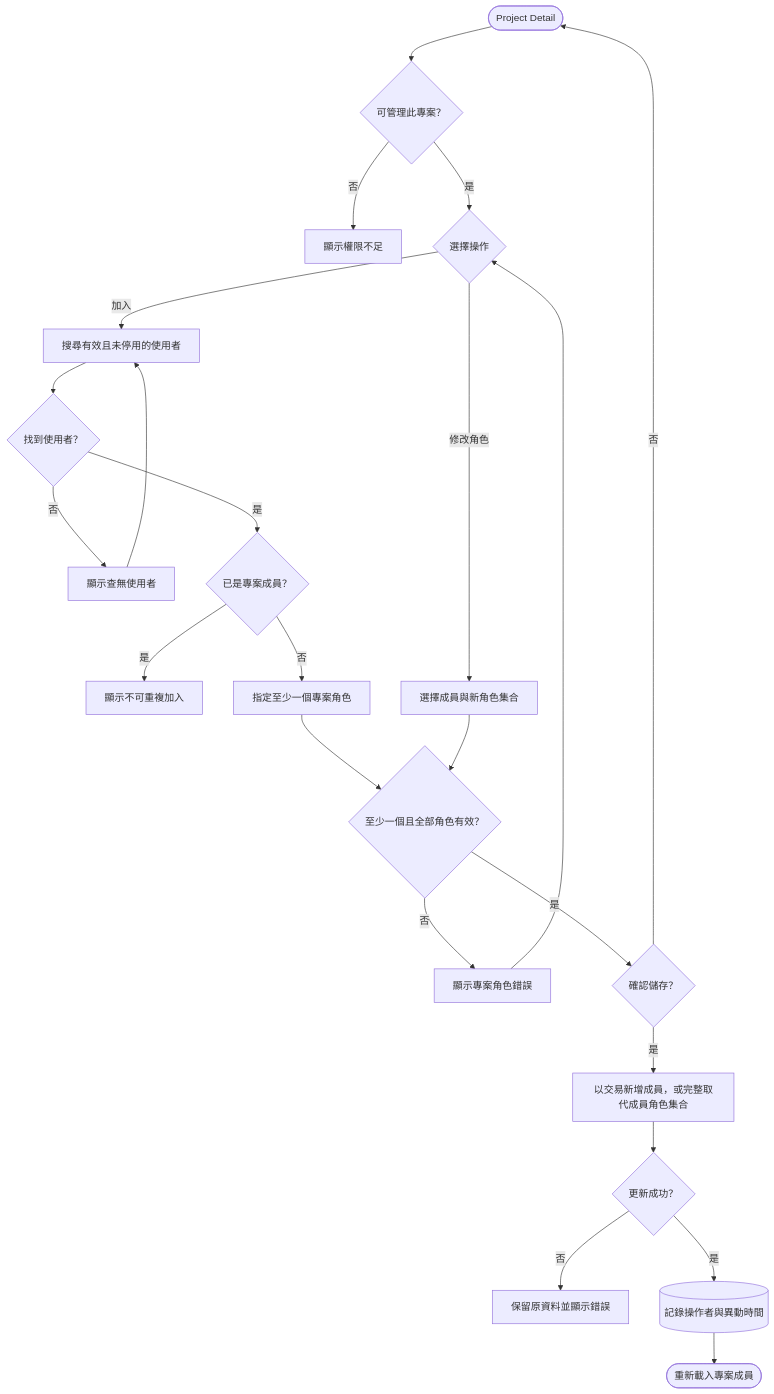
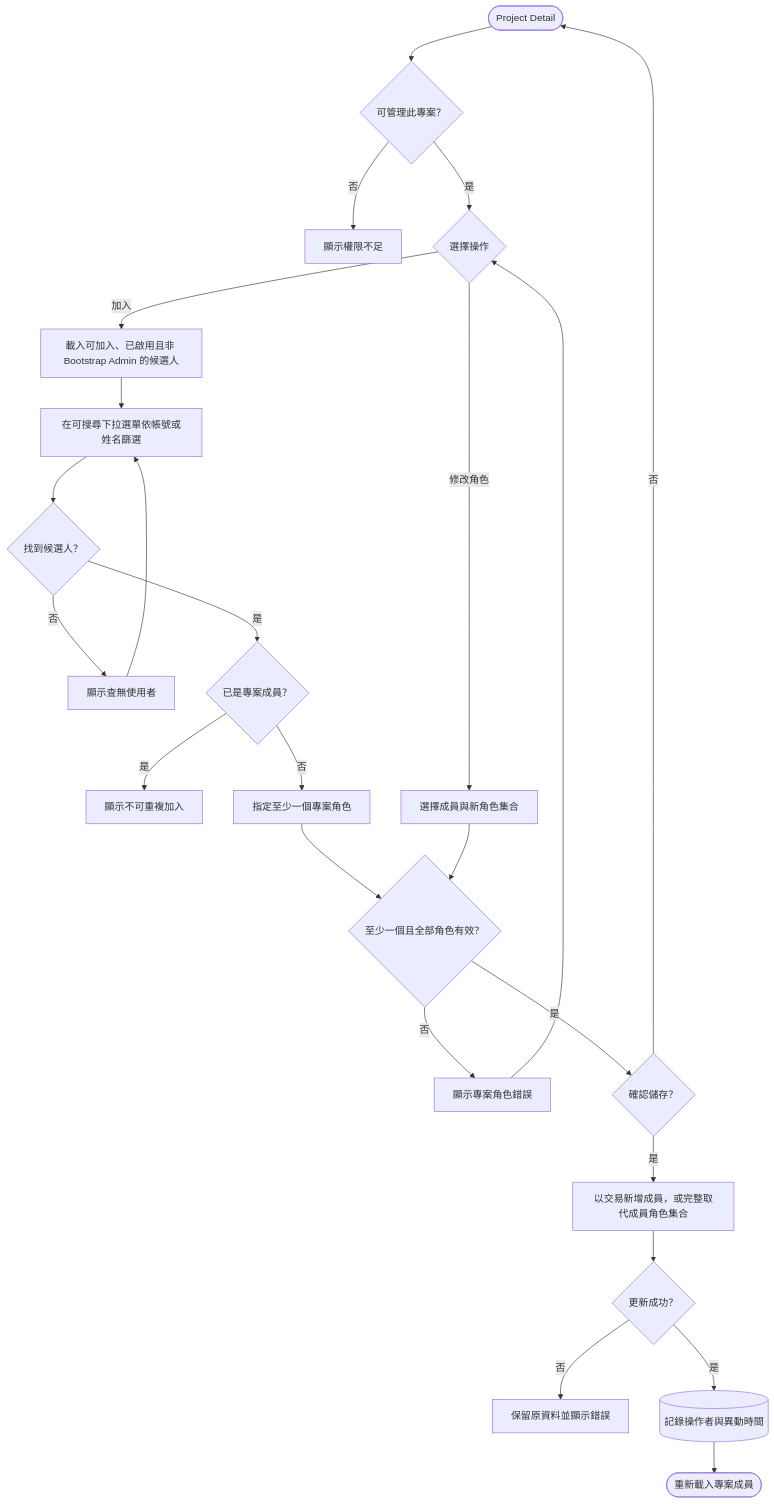
One commit to JJDing-Louis/ProjectManagementWeb_Spec changed the first of 2 diagrams in Flowchart/管理專案成員.md. Above: the diagram before and after it, drawn with Mermaid. The commit also changed other lines of this file and 40 other files, not shown here.

````diff
--- a/Flowchart/管理專案成員.md
+++ b/Flowchart/管理專案成員.md
@@ -5,25 +7,26 @@
 ```mermaid
 flowchart TB
     memberStart([Project Detail]) --> authorizeMember{可管理此專案？}
     authorizeMember -->|否| forbiddenMember[顯示權限不足]
     authorizeMember -->|是| memberAction{選擇操作}
-    memberAction -->|加入| searchAccount[搜尋有效且未停用的使用者]
-    searchAccount --> accountFound{找到使用者？}
+    memberAction -->|加入| loadCandidates[載入可加入、已啟用且非 Bootstrap Admin 的候選人]
+    loadCandidates --> searchAccount[在可搜尋下拉選單依帳號或姓名篩選]
+    searchAccount --> accountFound{找到候選人？}
     accountFound -->|否| showNoAccount[顯示查無使用者]
     showNoAccount --> searchAccount
     accountFound -->|是| duplicateMember{已是專案成員？}
     duplicateMember -->|是| showDuplicate[顯示不可重複加入]
     duplicateMember -->|否| assignProjectRoles[指定至少一個專案角色]
     memberAction -->|修改角色| editProjectRoles[選擇成員與新角色集合]
     assignProjectRoles --> rolesValid{至少一個且全部角色有效？}
     editProjectRoles --> rolesValid
     rolesValid -->|否| showRoleError[顯示專案角色錯誤]
     showRoleError --> memberAction
     rolesValid -->|是| saveMember{確認儲存？}
     saveMember -->|否| memberStart
     saveMember -->|是| updateMember[以交易新增成員，或完整取代成員角色集合]
     updateMember --> memberSucceeded{更新成功？}
     memberSucceeded -->|否| retainMemberState[保留原資料並顯示錯誤]
     memberSucceeded -->|是| writeMemberAudit[(記錄操作者與異動時間)]
     writeMemberAudit --> memberFinished([重新載入專案成員])
 ```
````
